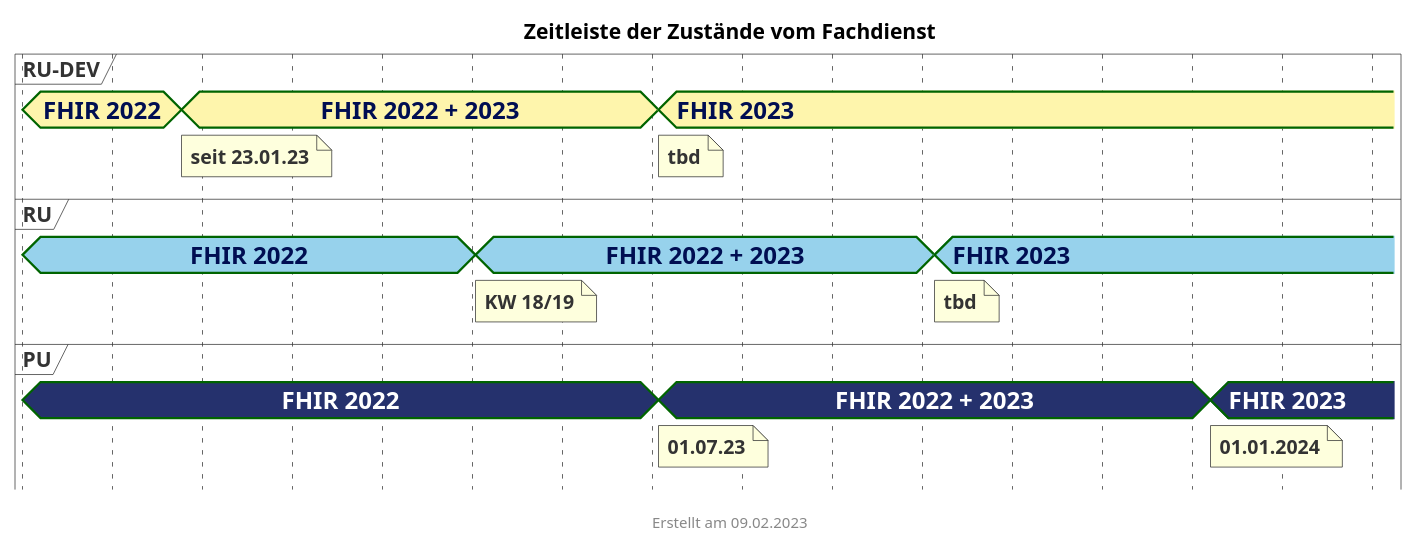
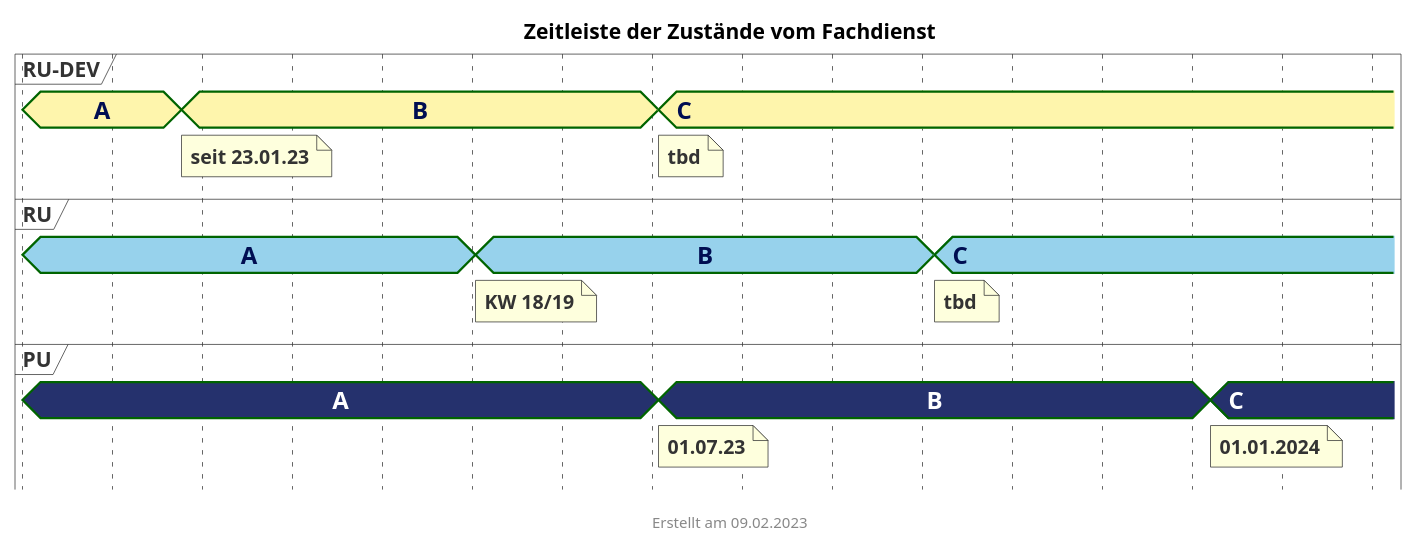
Before and after one commit to gematik/api-erp: the diagram in puml/fd_zustaende_timeline.puml, drawn with PlantUML. The commit also changed 3 other files, not shown here.

```diff
--- a/puml/fd_zustaende_timeline.puml
+++ b/puml/fd_zustaende_timeline.puml
@@ -1,71 +1,71 @@
 @startuml fhir_version_timeline
 <style>
 root {
     Margin 0 0 0 30
 }
 
 timingDiagram {
   .rudevcolor {
     FontColor #000e52
     Fontsize 16
     FontStyle bold
     Backgroundcolor #FEF5AC
   }
   .rucolor {
     FontColor #000e52
     Fontsize 16
     FontStyle bold
     Backgroundcolor #97D2EC
   }
   .pucolor {
     FontColor #ffffff
     Fontsize 16
     FontStyle bold
     BackgroundColor #25316D
   }
 }
 </style>
 title Zeitleiste der Zustände vom Fachdienst
 footer Erstellt am 09.02.2023
 
 concise "RU-DEV" as RUDEV <<rudevcolor>>
 concise "RU" as RU <<rucolor>>
 concise "PU" as PU <<pucolor>>
 
 
 '30 days is scaled to 50 pixels
 scale 2592000 as 60 pixels
 hide time-axis
 'manual time-axis
 'use date format "dd.MM.yyyy"
 
 @2022/12/01
-RUDEV is "FHIR 2022"
-RU is "FHIR 2022"
-PU is "FHIR 2022"
+RUDEV is "A"
+RU is "A"
+PU is "A"
 
 @2023/01/23
-RUDEV is "FHIR 2022 + 2023"
+RUDEV is "B"
 note bottom of RUDEV : seit 23.01.23
 
 @2023/05/01
-RU is "FHIR 2022 + 2023"
+RU is "B"
 note bottom of RU : KW 18/19
 
 @2023/07/01
-PU is "FHIR 2022 + 2023"
+PU is "B"
 note bottom of PU : 01.07.23
-RUDEV is "FHIR 2023"
+RUDEV is "C"
 note bottom of RUDEV : tbd
 
 @2023/10/01
-RU is "FHIR 2023"
+RU is "C"
 note bottom of RU : tbd
 
 
 @2024/01/01
-PU is "FHIR 2023"
+PU is "C"
 note bottom of PU : 01.01.2024
 
 @2024/02/01
 @enduml
```
